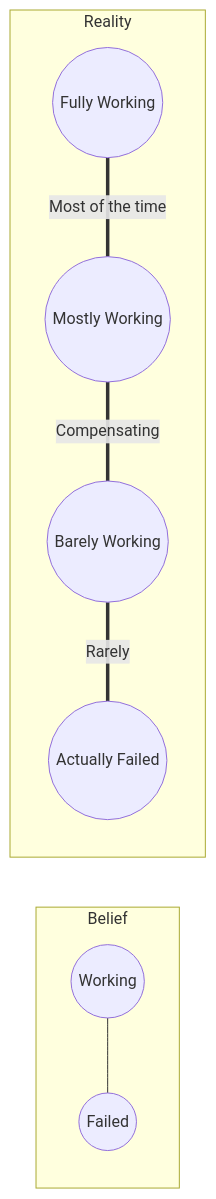
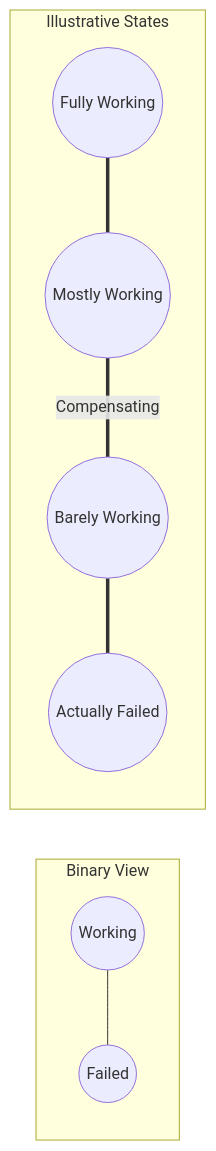
The sixth of 11 diagrams in src/content/docs/platform/foundations/systems-thinking/module-1.4-complexity-and-emergent-behavior.md (kube-dojo/kube-dojo), drawn with Mermaid before and after one commit. The commit also changed other lines of this file, not shown here.

````diff
--- a/src/content/docs/platform/foundations/systems-thinking/module-1.4-complexity-and-emergent-behavior.md
+++ b/src/content/docs/platform/foundations/systems-thinking/module-1.4-complexity-and-emergent-behavior.md
@@ -278,11 +280,11 @@
 ```mermaid
 graph LR
-    subgraph Belief
+    subgraph Binary View
         W1((Working)) --- F1((Failed))
     end
-    subgraph Reality
-        W2((Fully Working)) ===|Most of the time| M2((Mostly Working))
+    subgraph Illustrative States
+        W2((Fully Working)) === M2((Mostly Working))
         M2 ===|Compensating| B2((Barely Working))
-        B2 ===|Rarely| F2((Actually Failed))
+        B2 === F2((Actually Failed))
     end
 ```
````
